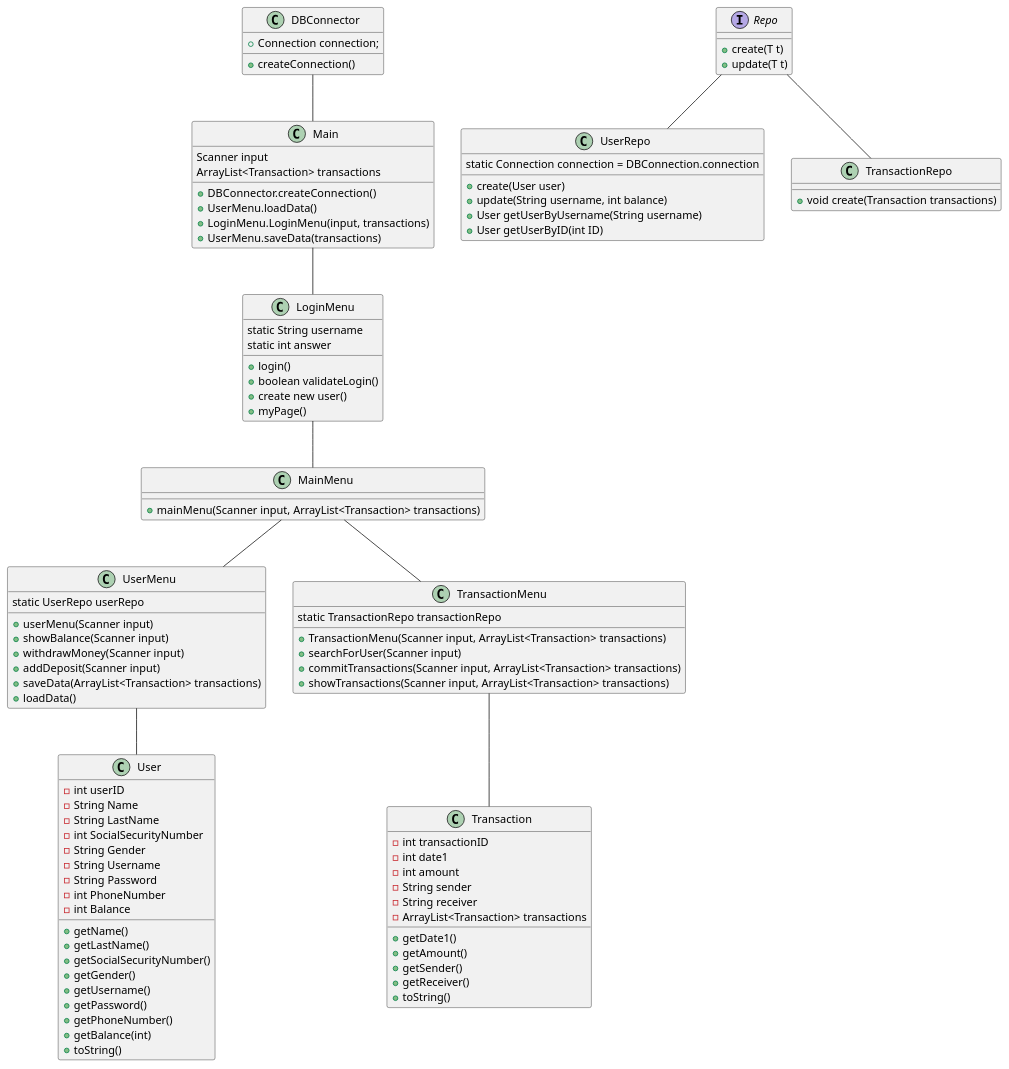
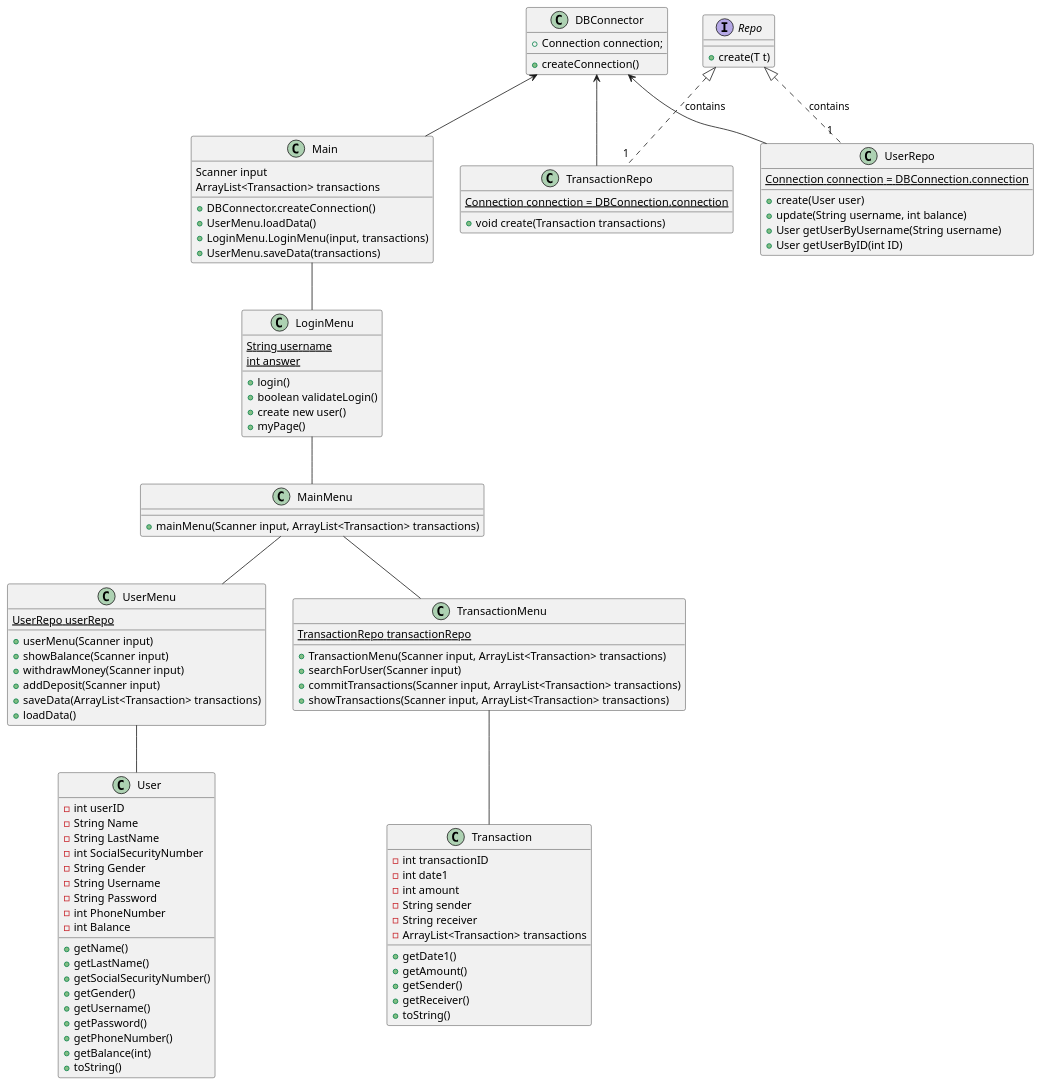
The diagram in src/dokumentation/ClassDiagramTwo.puml (Ravnkilde1995/F22ICEPROJEKT-SWASS), drawn with PlantUML before and after one commit.

```diff
--- a/src/dokumentation/ClassDiagramTwo.puml
+++ b/src/dokumentation/ClassDiagramTwo.puml
@@ -1,117 +1,121 @@
 @startuml
 
-DBConnector -- Main
+DBConnector <-- Main
 Main -- LoginMenu
 LoginMenu -- MainMenu
 MainMenu -- UserMenu
 MainMenu -- TransactionMenu
 UserMenu -- User
 TransactionMenu -- Transaction
-Repo -- UserRepo
-Repo -- TransactionRepo
+Repo <|.. "1 " UserRepo : contains
+Repo <|.."1 " TransactionRepo : contains
+DBConnector <-- UserRepo
+DBConnector <-- TransactionRepo
 
 class DBConnector {
 + Connection connection;
 + createConnection()
 }
 
 class LoginMenu{
- static String username
- static int answer
+ {static} String username
+ {static} int answer
 
 + login()
 + boolean validateLogin()
 + create new user()
 + myPage()
 
 }
 
 class Main{
 Scanner input
 ArrayList<Transaction> transactions
 
 + DBConnector.createConnection()
 + UserMenu.loadData()
 + LoginMenu.LoginMenu(input, transactions)
 + UserMenu.saveData(transactions)
 }
 
 class MainMenu {
 + mainMenu(Scanner input, ArrayList<Transaction> transactions)
 }
 
 class UserMenu{
-static UserRepo userRepo
+{static} UserRepo userRepo
 
 + userMenu(Scanner input)
 + showBalance(Scanner input)
 + withdrawMoney(Scanner input)
 + addDeposit(Scanner input)
 + saveData(ArrayList<Transaction> transactions)
 + loadData()
 }
 
 class TransactionMenu{
-static TransactionRepo transactionRepo
+{static} TransactionRepo transactionRepo
 
 + TransactionMenu(Scanner input, ArrayList<Transaction> transactions)
 + searchForUser(Scanner input)
 + commitTransactions(Scanner input, ArrayList<Transaction> transactions)
 + showTransactions(Scanner input, ArrayList<Transaction> transactions)
 }
 
 class User{
 - int userID
 - String Name
 - String LastName
 - int SocialSecurityNumber
 - String Gender
 - String Username
 - String Password
 - int PhoneNumber
 - int Balance
 
 + getName()
 + getLastName()
 + getSocialSecurityNumber()
 + getGender()
 + getUsername()
 + getPassword()
 + getPhoneNumber()
 + getBalance(int)
 + toString()
 }
 class Transaction {
 - int transactionID
 - int date1
 - int amount
 - String sender
 - String receiver
 - ArrayList<Transaction> transactions
 
 
 + getDate1()
 + getAmount()
 + getSender()
 + getReceiver()
 + toString()
 }
 
 interface Repo {
 + create(T t)
-+ update(T t)
 }
+
 class UserRepo {
-static Connection connection = DBConnection.connection
+{static} Connection connection = DBConnection.connection
 
 + create(User user)
 + update(String username, int balance)
 + User getUserByUsername(String username)
 + User getUserByID(int ID)
 
 }
 class TransactionRepo {
+{static} Connection connection = DBConnection.connection
+
 + void create(Transaction transactions)
 }
 
 @enduml
```
